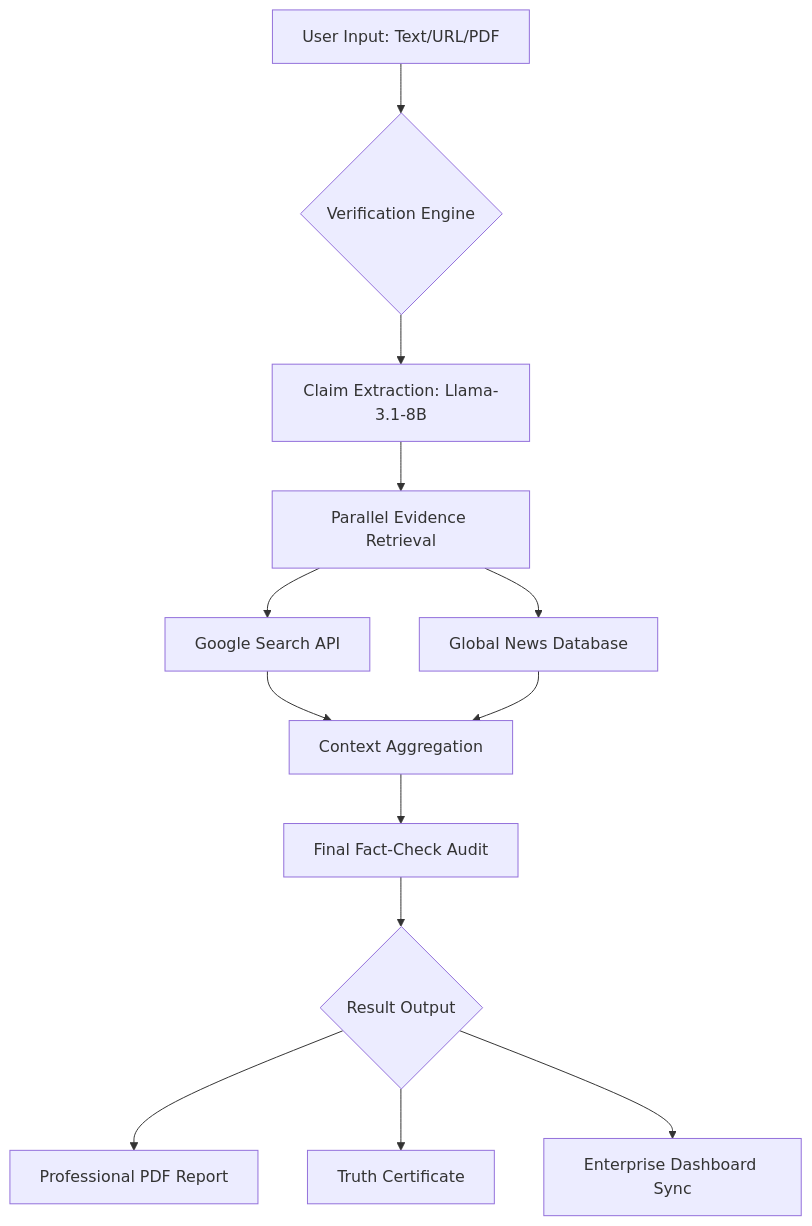
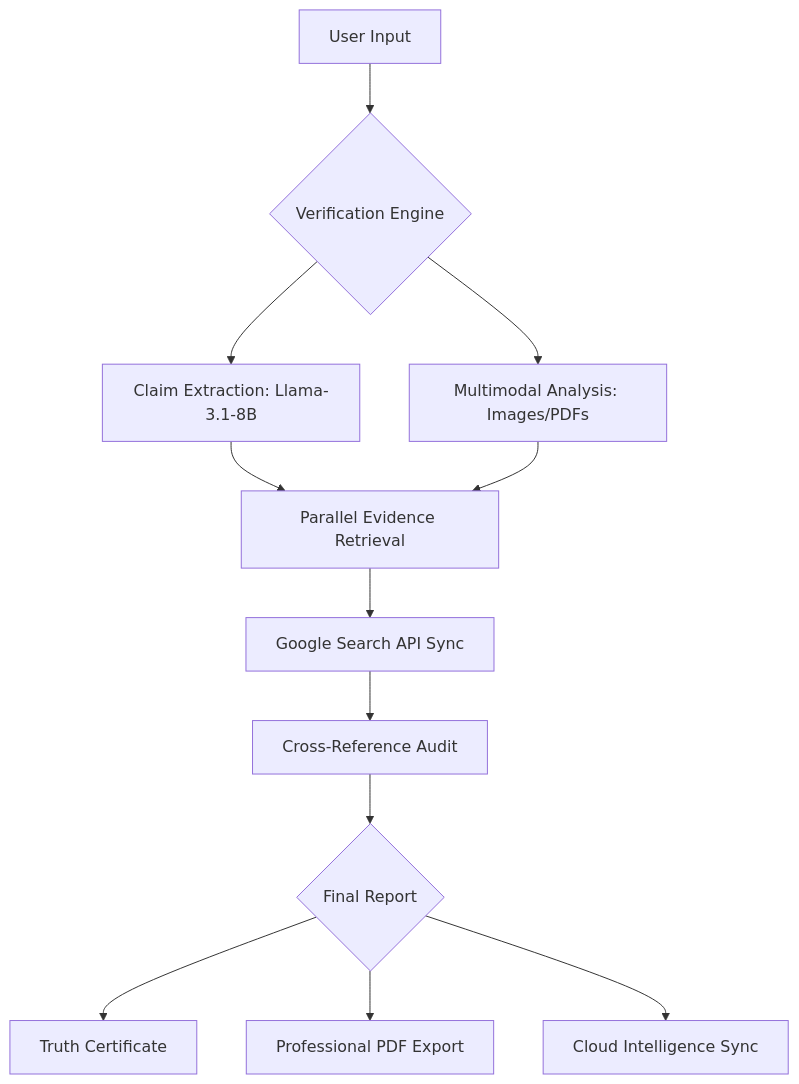
Before and after one commit to Xeffen07G/Verixa: the diagram in README.md, drawn with Mermaid. The commit also changed other lines of this file, not shown here.

````diff
--- a/README.md
+++ b/README.md
@@ -15,15 +13,14 @@
 ```mermaid
 graph TD
-    A[User Input: Text/URL/PDF] --> B{Verification Engine}
+    A[User Input] --> B{Verification Engine}
     B --> C[Claim Extraction: Llama-3.1-8B]
-    C --> D[Parallel Evidence Retrieval]
-    D --> E[Google Search API]
-    D --> F[Global News Database]
-    E --> G[Context Aggregation]
-    F --> G
-    G --> H[Final Fact-Check Audit]
-    H --> I{Result Output}
-    I --> J[Professional PDF Report]
-    I --> K[Truth Certificate]
-    I --> L[Enterprise Dashboard Sync]
+    B --> D[Multimodal Analysis: Images/PDFs]
+    C --> E[Parallel Evidence Retrieval]
+    D --> E
+    E --> F[Google Search API Sync]
+    F --> G[Cross-Reference Audit]
+    G --> H{Final Report}
+    H --> I[Truth Certificate]
+    H --> J[Professional PDF Export]
+    H --> K[Cloud Intelligence Sync]
 ```
````
